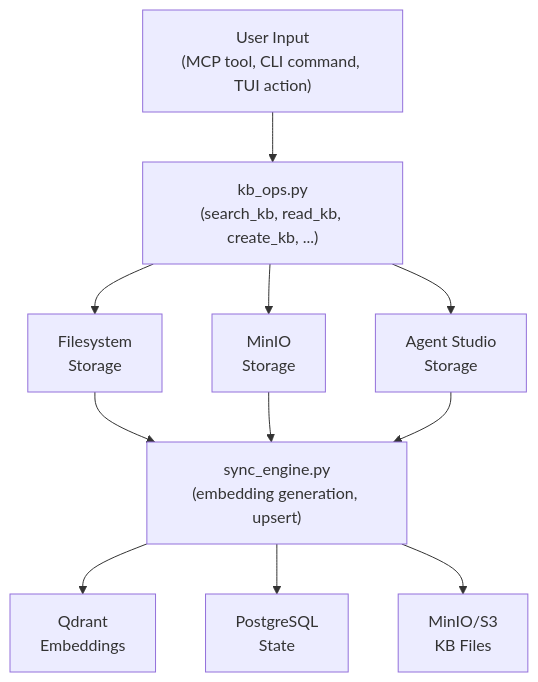
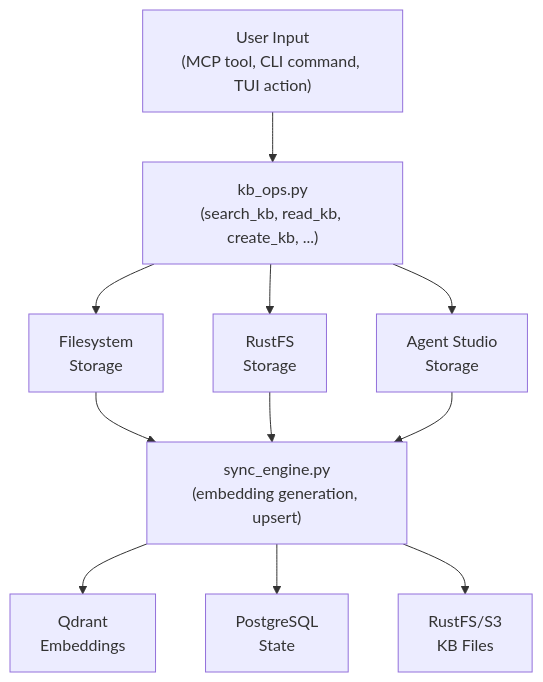
One commit to zndx/gaius changed the third of 3 diagrams in src/gaius/storage/README.md. Above: the diagram before and after it, drawn with Mermaid. The commit also changed other lines of this file and 63 other files, not shown here.

````diff
--- a/src/gaius/storage/README.md
+++ b/src/gaius/storage/README.md
@@ -375,23 +375,23 @@
 ```mermaid
 graph TB
     INPUT["User Input<br/>(MCP tool, CLI command, TUI action)"]
     KBOPS["kb_ops.py<br/>(search_kb, read_kb, create_kb, ...)"]
     FS["Filesystem<br/>Storage"]
-    MINIO["MinIO<br/>Storage"]
+    RUSTFS["RustFS<br/>Storage"]
     STUDIO["Agent Studio<br/>Storage"]
     SYNC["sync_engine.py<br/>(embedding generation, upsert)"]
     QD["Qdrant<br/>Embeddings"]
     PG["PostgreSQL<br/>State"]
-    S3["MinIO/S3<br/>KB Files"]
+    S3["RustFS/S3<br/>KB Files"]
 
     INPUT --> KBOPS
     KBOPS --> FS
-    KBOPS --> MINIO
+    KBOPS --> RUSTFS
     KBOPS --> STUDIO
     FS --> SYNC
-    MINIO --> SYNC
+    RUSTFS --> SYNC
     STUDIO --> SYNC
     SYNC --> QD
     SYNC --> PG
     SYNC --> S3
 ```
````
